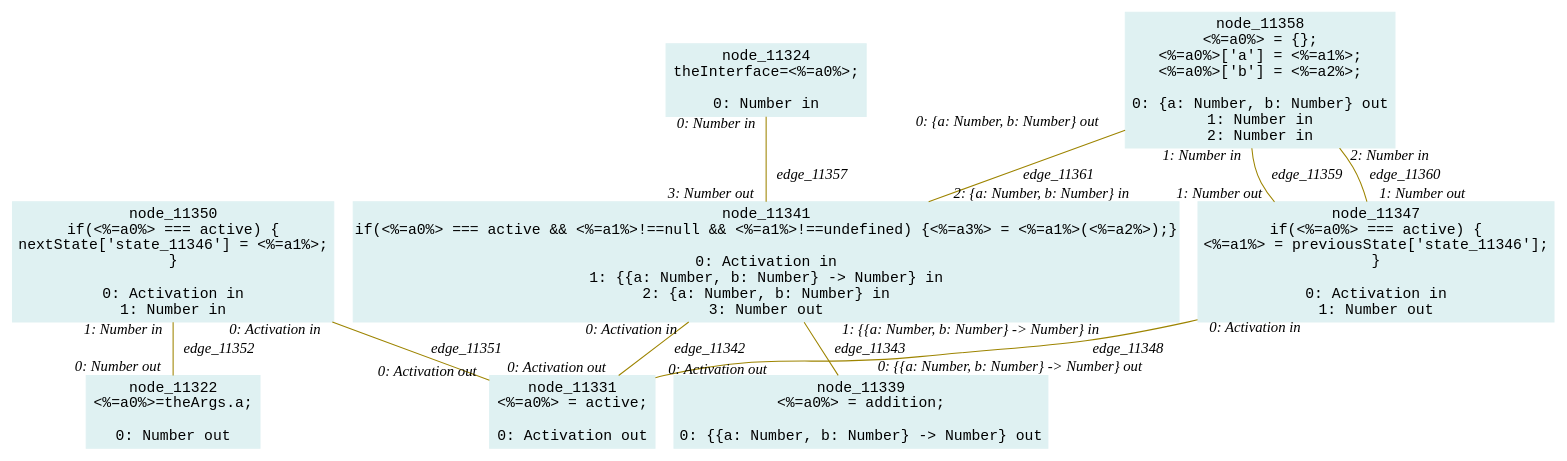
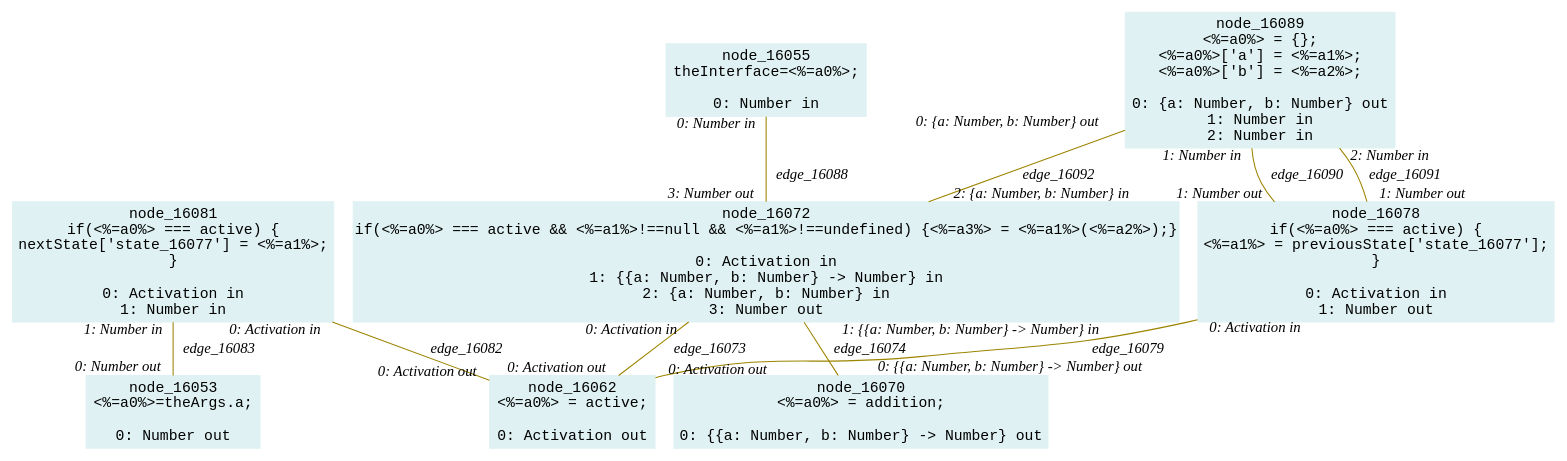
One commit to crubier/lidl changed the diagram in lidl-core/example/ok/sumOfPrevious/dot/46nonMatchingCompositionCompilation2.dot. Above: the diagram before and after it, drawn with Graphviz. The commit also changed 1656 other files, not shown here.

```diff
--- a/lidl-core/example/ok/sumOfPrevious/dot/46nonMatchingCompositionCompilation2.dot
+++ b/lidl-core/example/ok/sumOfPrevious/dot/46nonMatchingCompositionCompilation2.dot
@@ -1,55 +1,55 @@
-digraph g{node_11322 [shape="box", style="filled", color="#dff1f2", fontname="Courier", label="node_11322
+digraph g{node_16053 [shape="box", style="filled", color="#dff1f2", fontname="Courier", label="node_16053
 <%=a0%>=theArgs.a;
 
 0: Number out" ]
-node_11324 [shape="box", style="filled", color="#dff1f2", fontname="Courier", label="node_11324
+node_16055 [shape="box", style="filled", color="#dff1f2", fontname="Courier", label="node_16055
 theInterface=<%=a0%>;
 
 0: Number in" ]
-node_11331 [shape="box", style="filled", color="#dff1f2", fontname="Courier", label="node_11331
+node_16062 [shape="box", style="filled", color="#dff1f2", fontname="Courier", label="node_16062
 <%=a0%> = active;
 
 0: Activation out" ]
-node_11339 [shape="box", style="filled", color="#dff1f2", fontname="Courier", label="node_11339
+node_16070 [shape="box", style="filled", color="#dff1f2", fontname="Courier", label="node_16070
 <%=a0%> = addition;
 
 0: {{a: Number, b: Number} -> Number} out" ]
-node_11341 [shape="box", style="filled", color="#dff1f2", fontname="Courier", label="node_11341
+node_16072 [shape="box", style="filled", color="#dff1f2", fontname="Courier", label="node_16072
 if(<%=a0%> === active && <%=a1%>!==null && <%=a1%>!==undefined) {<%=a3%> = <%=a1%>(<%=a2%>);}
 
 0: Activation in
 1: {{a: Number, b: Number} -> Number} in
 2: {a: Number, b: Number} in
 3: Number out" ]
-node_11347 [shape="box", style="filled", color="#dff1f2", fontname="Courier", label="node_11347
+node_16078 [shape="box", style="filled", color="#dff1f2", fontname="Courier", label="node_16078
 if(<%=a0%> === active) {
-<%=a1%> = previousState['state_11346'];
+<%=a1%> = previousState['state_16077'];
 }
 
 0: Activation in
 1: Number out" ]
-node_11350 [shape="box", style="filled", color="#dff1f2", fontname="Courier", label="node_11350
+node_16081 [shape="box", style="filled", color="#dff1f2", fontname="Courier", label="node_16081
 if(<%=a0%> === active) {
-nextState['state_11346'] = <%=a1%>;
+nextState['state_16077'] = <%=a1%>;
 }
 
 0: Activation in
 1: Number in" ]
-node_11358 [shape="box", style="filled", color="#dff1f2", fontname="Courier", label="node_11358
+node_16089 [shape="box", style="filled", color="#dff1f2", fontname="Courier", label="node_16089
 <%=a0%> = {};
 <%=a0%>['a'] = <%=a1%>;
 <%=a0%>['b'] = <%=a2%>;
 
 0: {a: Number, b: Number} out
 1: Number in
 2: Number in" ]
-node_11341 -> node_11331 [dir=none, arrowHead=none, fontname="Times-Italic", arrowsize=1, color="#9d8400", label="edge_11342",  headlabel="0: Activation out", taillabel="0: Activation in" ]
-node_11341 -> node_11339 [dir=none, arrowHead=none, fontname="Times-Italic", arrowsize=1, color="#9d8400", label="edge_11343",  headlabel="0: {{a: Number, b: Number} -> Number} out", taillabel="1: {{a: Number, b: Number} -> Number} in" ]
-node_11347 -> node_11331 [dir=none, arrowHead=none, fontname="Times-Italic", arrowsize=1, color="#9d8400", label="edge_11348",  headlabel="0: Activation out", taillabel="0: Activation in" ]
-node_11350 -> node_11331 [dir=none, arrowHead=none, fontname="Times-Italic", arrowsize=1, color="#9d8400", label="edge_11351",  headlabel="0: Activation out", taillabel="0: Activation in" ]
-node_11350 -> node_11322 [dir=none, arrowHead=none, fontname="Times-Italic", arrowsize=1, color="#9d8400", label="edge_11352",  headlabel="0: Number out", taillabel="1: Number in" ]
-node_11324 -> node_11341 [dir=none, arrowHead=none, fontname="Times-Italic", arrowsize=1, color="#9d8400", label="edge_11357",  headlabel="3: Number out", taillabel="0: Number in" ]
-node_11358 -> node_11347 [dir=none, arrowHead=none, fontname="Times-Italic", arrowsize=1, color="#9d8400", label="edge_11359",  headlabel="1: Number out", taillabel="1: Number in" ]
-node_11358 -> node_11347 [dir=none, arrowHead=none, fontname="Times-Italic", arrowsize=1, color="#9d8400", label="edge_11360",  headlabel="1: Number out", taillabel="2: Number in" ]
-node_11358 -> node_11341 [dir=none, arrowHead=none, fontname="Times-Italic", arrowsize=1, color="#9d8400", label="edge_11361",  headlabel="2: {a: Number, b: Number} in", taillabel="0: {a: Number, b: Number} out" ]
+node_16072 -> node_16062 [dir=none, arrowHead=none, fontname="Times-Italic", arrowsize=1, color="#9d8400", label="edge_16073",  headlabel="0: Activation out", taillabel="0: Activation in" ]
+node_16072 -> node_16070 [dir=none, arrowHead=none, fontname="Times-Italic", arrowsize=1, color="#9d8400", label="edge_16074",  headlabel="0: {{a: Number, b: Number} -> Number} out", taillabel="1: {{a: Number, b: Number} -> Number} in" ]
+node_16078 -> node_16062 [dir=none, arrowHead=none, fontname="Times-Italic", arrowsize=1, color="#9d8400", label="edge_16079",  headlabel="0: Activation out", taillabel="0: Activation in" ]
+node_16081 -> node_16062 [dir=none, arrowHead=none, fontname="Times-Italic", arrowsize=1, color="#9d8400", label="edge_16082",  headlabel="0: Activation out", taillabel="0: Activation in" ]
+node_16081 -> node_16053 [dir=none, arrowHead=none, fontname="Times-Italic", arrowsize=1, color="#9d8400", label="edge_16083",  headlabel="0: Number out", taillabel="1: Number in" ]
+node_16055 -> node_16072 [dir=none, arrowHead=none, fontname="Times-Italic", arrowsize=1, color="#9d8400", label="edge_16088",  headlabel="3: Number out", taillabel="0: Number in" ]
+node_16089 -> node_16078 [dir=none, arrowHead=none, fontname="Times-Italic", arrowsize=1, color="#9d8400", label="edge_16090",  headlabel="1: Number out", taillabel="1: Number in" ]
+node_16089 -> node_16078 [dir=none, arrowHead=none, fontname="Times-Italic", arrowsize=1, color="#9d8400", label="edge_16091",  headlabel="1: Number out", taillabel="2: Number in" ]
+node_16089 -> node_16072 [dir=none, arrowHead=none, fontname="Times-Italic", arrowsize=1, color="#9d8400", label="edge_16092",  headlabel="2: {a: Number, b: Number} in", taillabel="0: {a: Number, b: Number} out" ]
 }
```
